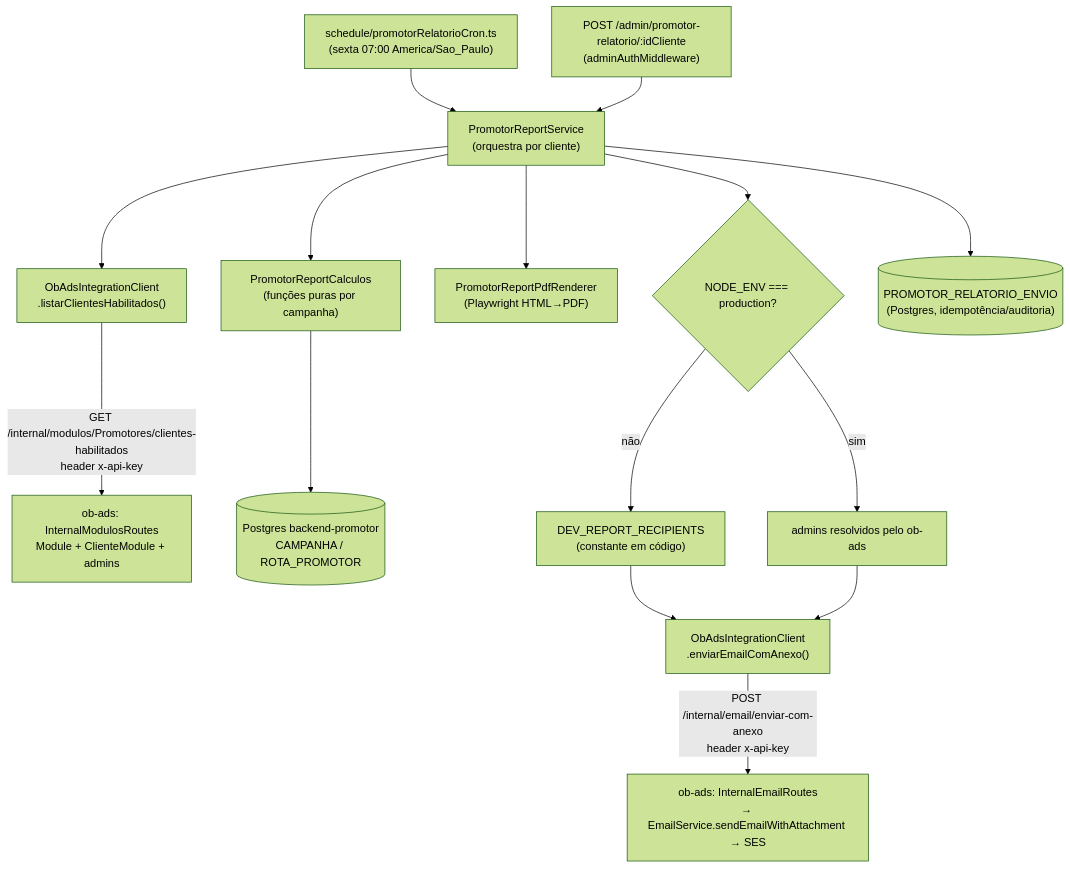
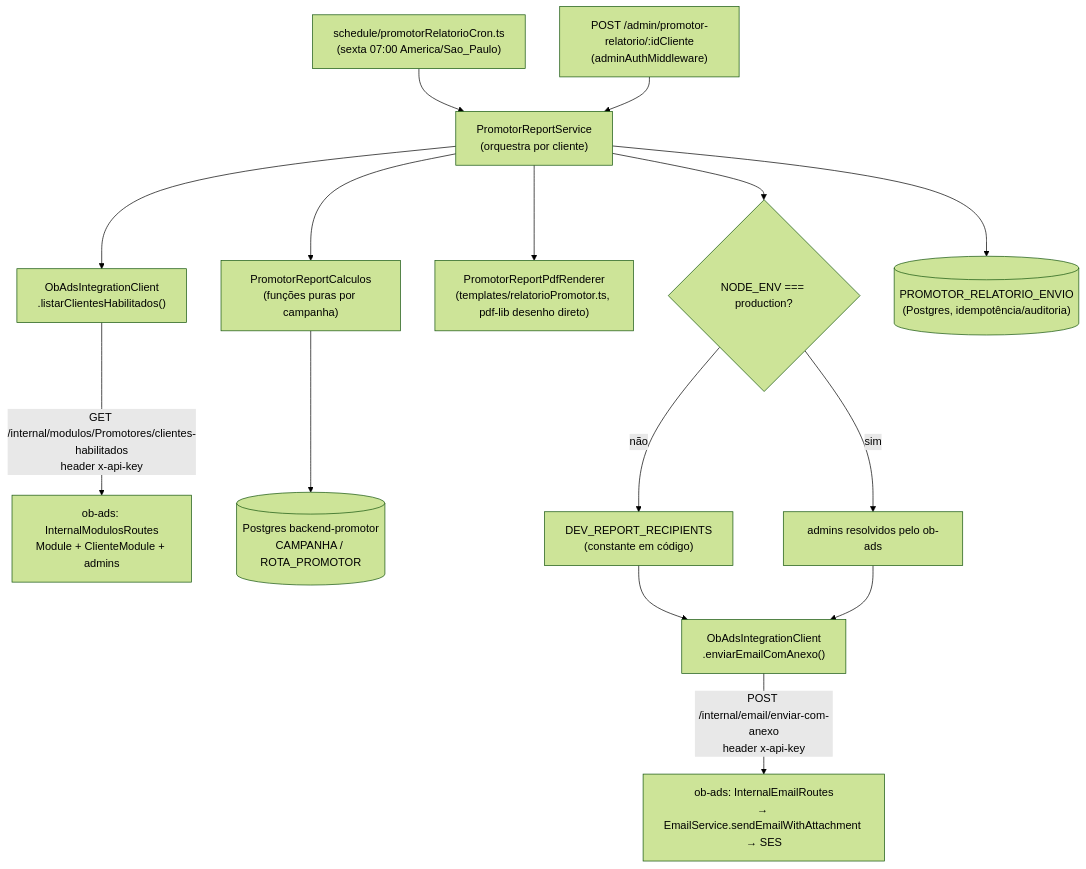
Before and after one commit to DevOficinaBrasil/backend-promotor: the diagram in .specs/features/relatorio-semanal-promotores/design.md, drawn with Mermaid (forest theme). The commit also changed other lines of this file and 7 other files, not shown here.

First line of the commit message:
docs(specs): atualiza spec/design/tasks/STATE pra refletir pdf-lib + gráfico

````diff
--- a/.specs/features/relatorio-semanal-promotores/design.md
+++ b/.specs/features/relatorio-semanal-promotores/design.md
@@ -14,23 +14,23 @@
 ```mermaid
 graph TD
     CRON["schedule/promotorRelatorioCron.ts<br/>(sexta 07:00 America/Sao_Paulo)"] --> SVC
     ROUTE["POST /admin/promotor-relatorio/:idCliente<br/>(adminAuthMiddleware)"] --> SVC
 
     SVC["PromotorReportService<br/>(orquestra por cliente)"] --> ELEGIVEIS["ObAdsIntegrationClient\n.listarClientesHabilitados()"]
     ELEGIVEIS -->|GET /internal/modulos/Promotores/clientes-habilitados<br/>header x-api-key| OBADS_LIST["ob-ads: InternalModulosRoutes<br/>Module + ClienteModule + admins"]
 
     SVC --> CALC["PromotorReportCalculos<br/>(funções puras por campanha)"]
     CALC --> PG[("Postgres backend-promotor<br/>CAMPANHA / ROTA_PROMOTOR")]
 
-    SVC --> PDF["PromotorReportPdfRenderer<br/>(Playwright HTML→PDF)"]
+    SVC --> PDF["PromotorReportPdfRenderer<br/>(templates/relatorioPromotor.ts, pdf-lib desenho direto)"]
 
     SVC --> GUARD{"NODE_ENV === production?"}
     GUARD -->|não| DEVLIST["DEV_REPORT_RECIPIENTS<br/>(constante em código)"]
     GUARD -->|sim| ADMINS["admins resolvidos pelo ob-ads"]
 
     DEVLIST --> ENVIO
     ADMINS --> ENVIO["ObAdsIntegrationClient\n.enviarEmailComAnexo()"]
     ENVIO -->|POST /internal/email/enviar-com-anexo<br/>header x-api-key| OBADS_MAIL["ob-ads: InternalEmailRoutes<br/>→ EmailService.sendEmailWithAttachment → SES"]
 
     SVC --> AUDIT[("PROMOTOR_RELATORIO_ENVIO<br/>(Postgres, idempotência/auditoria)")]
 ```
````
